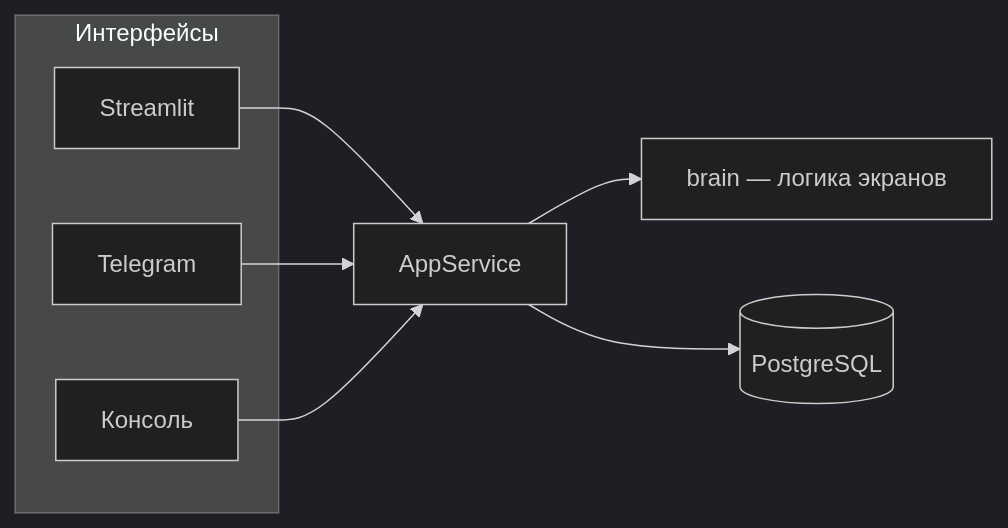
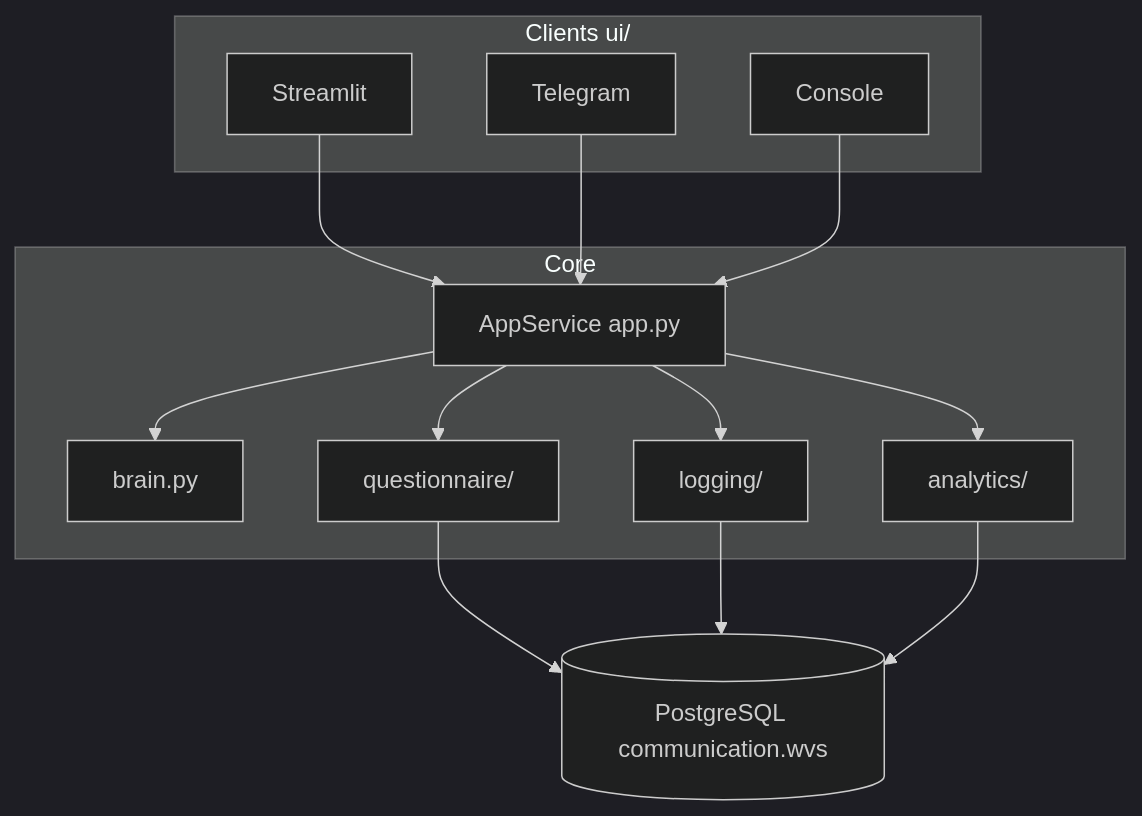
Before and after one commit to rosolimo212/wvs_bot: the diagram in README.md, drawn with Mermaid (dark theme). The commit also changed other lines of this file and 29 other files, not shown here.

````diff
--- a/README.md
+++ b/README.md
@@ -144,17 +60,29 @@
 ```mermaid
-flowchart LR
-    subgraph clients [Интерфейсы]
-        S[Streamlit]
-        T[Telegram]
-        C[Консоль]
+flowchart TB
+    subgraph clients [Clients ui/]
+        ST[Streamlit]
+        TG[Telegram]
+        CN[Console]
     end
-    APP[AppService]
-    BRAIN[brain — логика экранов]
-    DB[(PostgreSQL)]
 
-    S --> APP
-    T --> APP
-    C --> APP
-    APP --> BRAIN
-    APP --> DB
+    subgraph core [Core]
+        APP[AppService app.py]
+        BR[brain.py]
+        AN[analytics/]
+        QN[questionnaire/]
+        LG[logging/]
+    end
+
+    DB[(PostgreSQL communication.wvs)]
+
+    ST --> APP
+    TG --> APP
+    CN --> APP
+    APP --> BR
+    APP --> QN
+    APP --> AN
+    APP --> LG
+    QN --> DB
+    LG --> DB
+    AN --> DB
 ```
````
